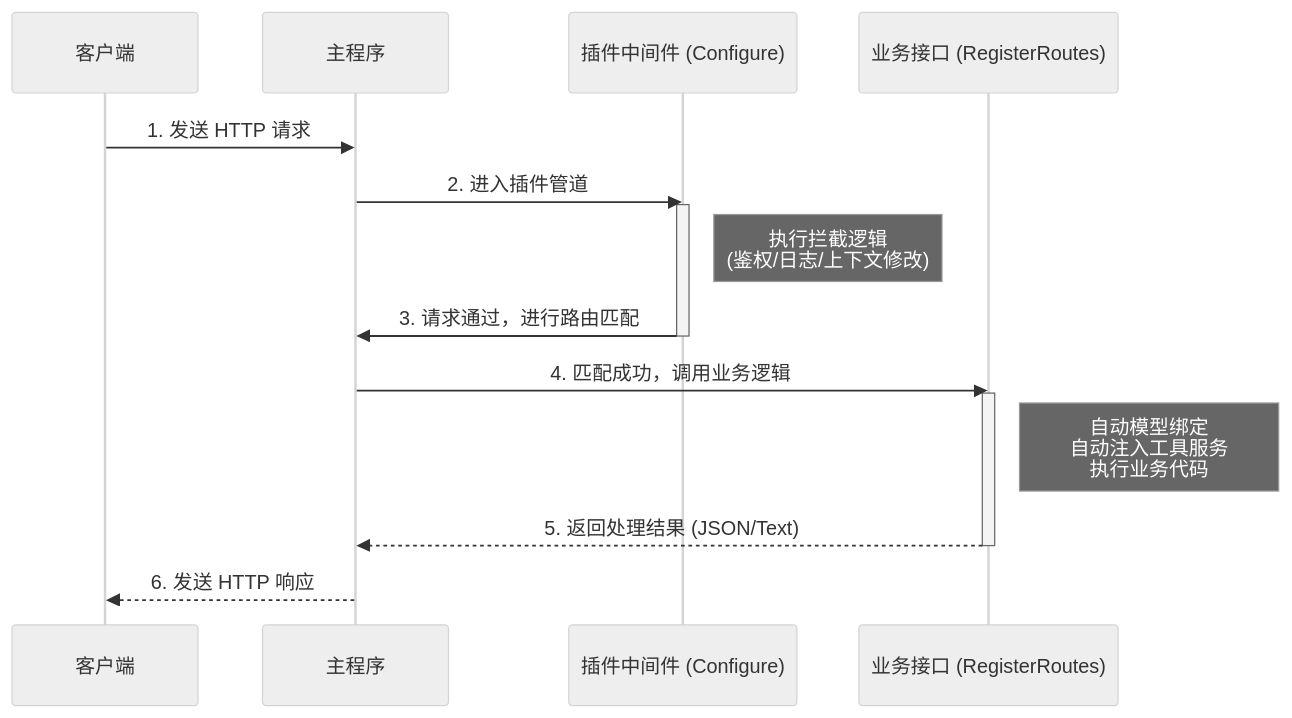
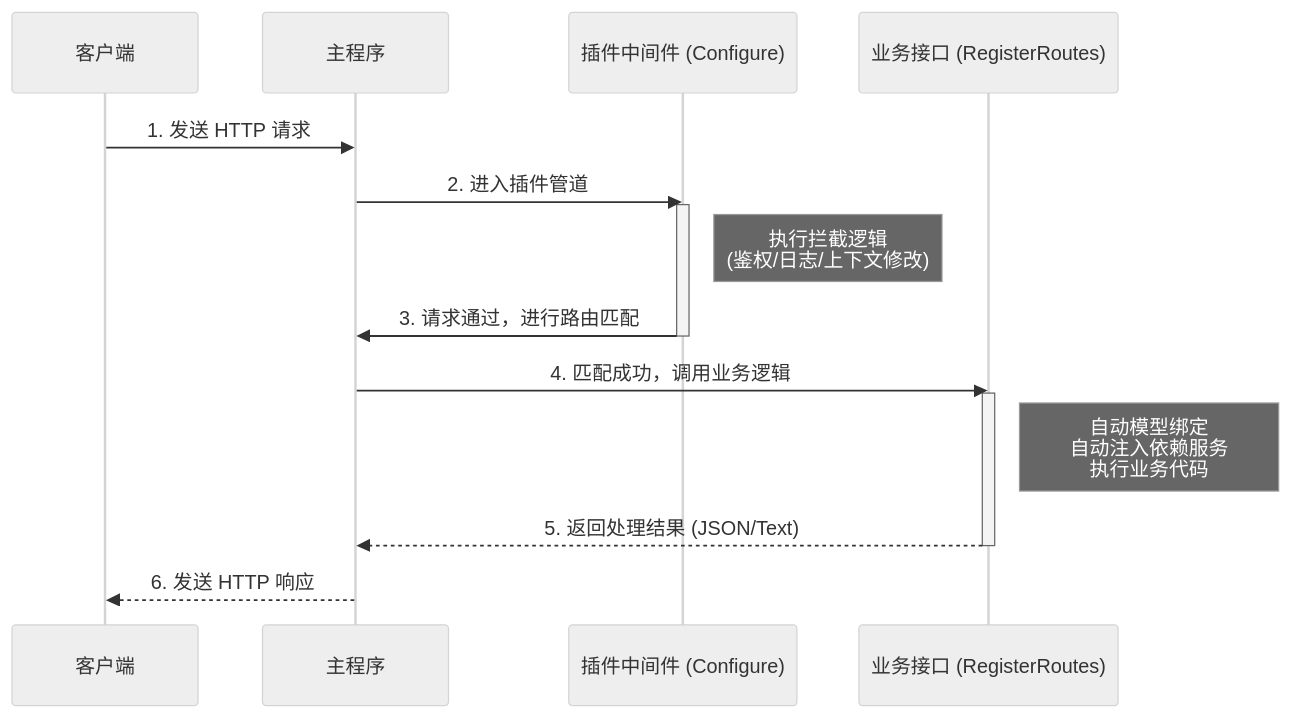
One commit to bleuvenomy/sharwapi_docs changed the diagram in architecture/request-flow.md. Above: the diagram before and after it, drawn with Mermaid. The commit also changed other lines of this file and 8 other files, not shown here.

````diff
--- a/architecture/request-flow.md
+++ b/architecture/request-flow.md
@@ -39,29 +39,29 @@
 ```mermaid
 %%{init: {'theme': 'neutral'}}%%
 sequenceDiagram
     participant Client as 客户端
     participant Host as 主程序
     participant Middleware as 插件中间件 (Configure)
     participant Endpoint as 业务接口 (RegisterRoutes)
 
     Client->>Host: 1. 发送 HTTP 请求
     
     Host->>Middleware: 2. 进入插件管道
     activate Middleware
     
     Note right of Middleware: 执行拦截逻辑<br/>(鉴权/日志/上下文修改)
     
     Middleware->>Host: 3. 请求通过，进行路由匹配
     deactivate Middleware
     
     Host->>Endpoint: 4. 匹配成功，调用业务逻辑
     activate Endpoint
     
-    Note right of Endpoint: 自动模型绑定<br/>自动注入工具服务<br/>执行业务代码
+    Note right of Endpoint: 自动模型绑定<br/>自动注入依赖服务<br/>执行业务代码
     
     Endpoint-->>Host: 5. 返回处理结果 (JSON/Text)
     deactivate Endpoint
 
     Host-->>Client: 6. 发送 HTTP 响应
 
 ```
````
